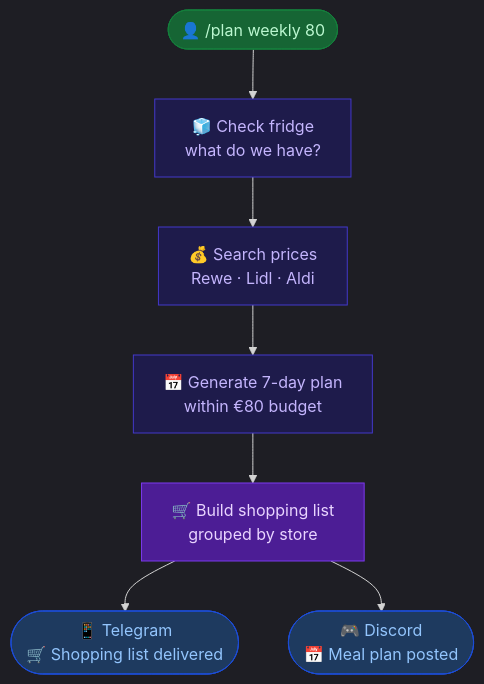
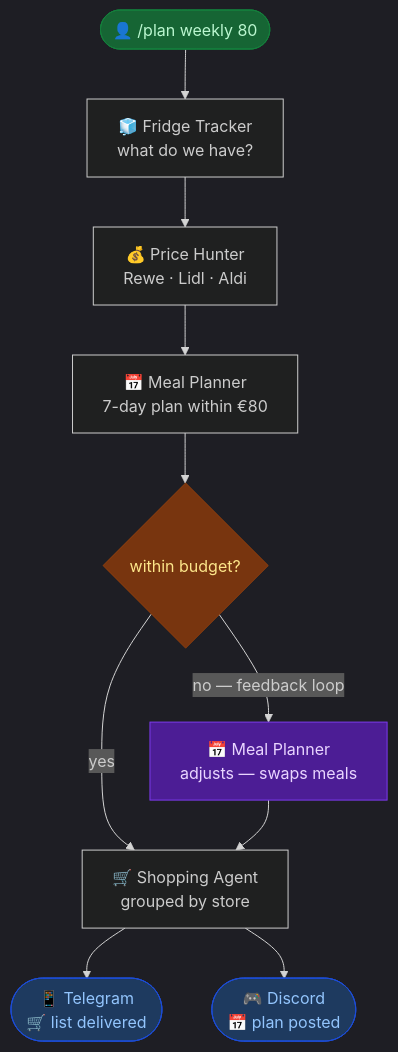
Before and after one commit to mary4data/ClawBee: the third of 4 diagrams in docs/architecture.md, drawn with Mermaid. The commit also changed other lines of this file and 2 other files, not shown here.

First line of the commit message:
Add agent-to-agent communication for better collaborative results

````diff
--- a/docs/architecture.md
+++ b/docs/architecture.md
@@ -65,18 +109,24 @@
 ```mermaid
 %%{init: {"theme": "dark"}}%%
 flowchart TD
-    A(["👤 /plan weekly 80"]) --> B["🧊 Check fridge\nwhat do we have?"]
-    B --> C["💰 Search prices\nRewe · Lidl · Aldi"]
-    C --> D["📅 Generate 7-day plan\nwithin €80 budget"]
-    D --> E["🛒 Build shopping list\ngrouped by store"]
-    E --> F(["📱 Telegram\n🛒 Shopping list delivered"])
-    E --> G(["🎮 Discord\n📅 Meal plan posted"])
+    A(["👤 /plan weekly 80"])
+    B["🧊 Fridge Tracker\nwhat do we have?"]
+    C["💰 Price Hunter\nRewe · Lidl · Aldi"]
+    D["📅 Meal Planner\n7-day plan within €80"]
+    E{"within budget?"}
+    F["📅 Meal Planner\nadjusts — swaps meals"]
+    G["🛒 Shopping Agent\ngrouped by store"]
+    H(["📱 Telegram\n🛒 list delivered"])
+    I(["🎮 Discord\n📅 plan posted"])
+
+    A --> B --> C --> D --> E
+    E -->|"yes"| G
+    E -->|"no — feedback loop"| F --> G
+    G --> H & I
 
     style A fill:#166534,color:#bbf7d0,stroke:#15803d
-    style B fill:#1e1b4b,color:#c4b5fd,stroke:#4338ca
-    style C fill:#1e1b4b,color:#c4b5fd,stroke:#4338ca
-    style D fill:#1e1b4b,color:#c4b5fd,stroke:#4338ca
-    style E fill:#4c1d95,color:#e9d5ff,stroke:#7c3aed
-    style F fill:#1e3a5f,color:#93c5fd,stroke:#1d4ed8
-    style G fill:#1e3a5f,color:#93c5fd,stroke:#1d4ed8
+    style E fill:#78350f,color:#fde68a,stroke:#92400e
+    style F fill:#4c1d95,color:#e9d5ff,stroke:#7c3aed
+    style H fill:#1e3a5f,color:#93c5fd,stroke:#1d4ed8
+    style I fill:#1e3a5f,color:#93c5fd,stroke:#1d4ed8
 ```
````
